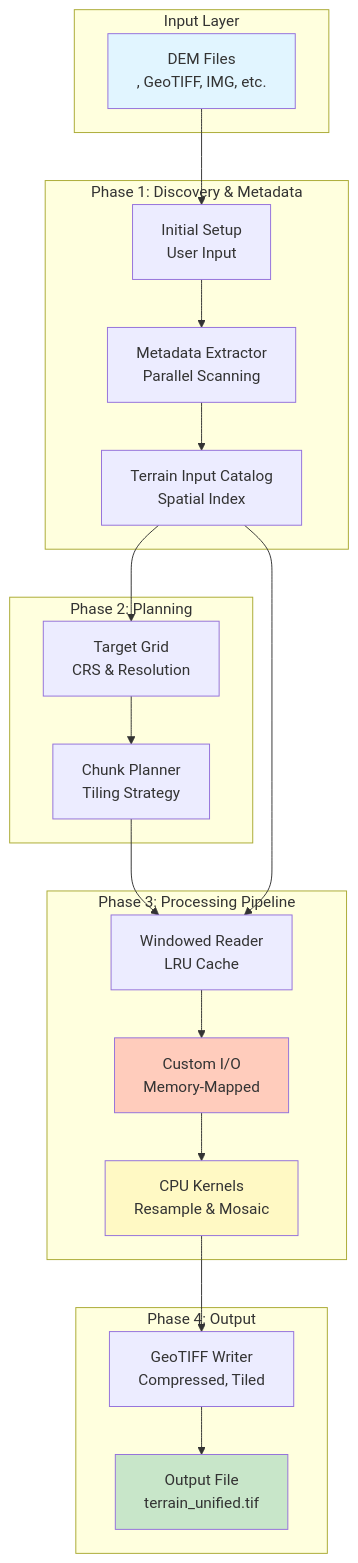
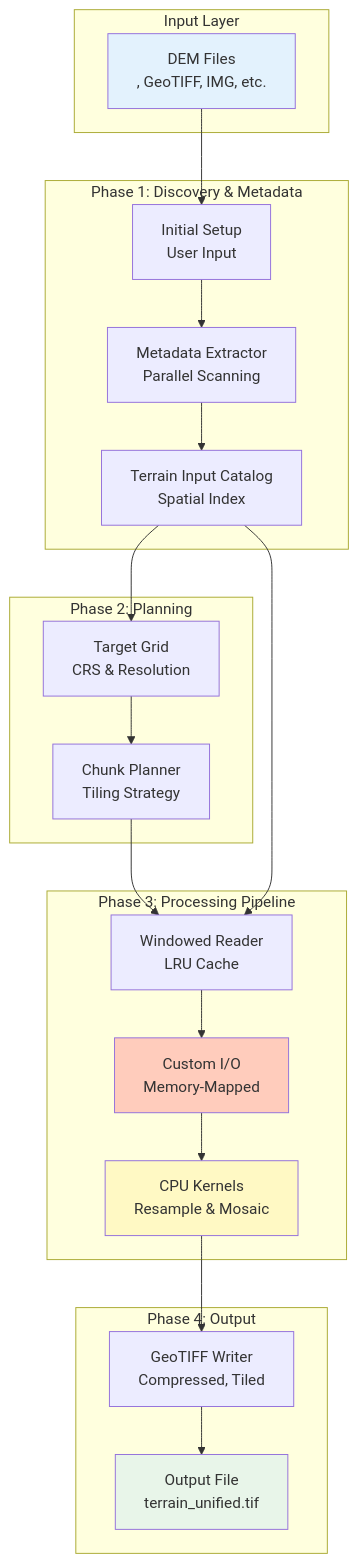
The first of 18 diagrams in docs/overview_diagrams.md (Anmol-STRS/TerrainBuilderI-0), drawn with Mermaid before and after one commit. The commit also changed other lines of this file and 20 other files, not shown here.

````diff
--- a/docs/overview_diagrams.md
+++ b/docs/overview_diagrams.md
@@ -5,45 +5,45 @@
 ```mermaid
 graph TB
     subgraph "Input Layer"
         A[DEM Files<br>, GeoTIFF, IMG, etc.]
     end
     
     subgraph "Phase 1: Discovery & Metadata"
         B[Initial Setup<br/>User Input]
         C[Metadata Extractor<br/>Parallel Scanning]
         D[Terrain Input Catalog<br/>Spatial Index]
     end
     
     subgraph "Phase 2: Planning"
         E[Target Grid<br/>CRS & Resolution]
         F[Chunk Planner<br/>Tiling Strategy]
     end
     
     subgraph "Phase 3: Processing Pipeline"
         G[Windowed Reader<br/>LRU Cache]
         H[CPU Kernels<br/>Resample & Mosaic]
         I[Custom I/O<br/>Memory-Mapped]
     end
     
     subgraph "Phase 4: Output"
         J[GeoTIFF Writer<br/>Compressed, Tiled]
         K[Output File<br/>terrain_unified.tif]
     end
     
     A --> B
     B --> C
     C --> D
     D --> E
     E --> F
     F --> G
     D --> G
     G --> I
     I --> H
     H --> J
     J --> K
     
-    style A fill:#e1f5ff
-    style K fill:#c8e6c9
-    style H fill:#fff9c4
-    style I fill:#ffccbc
+    style A fill:#E3F2FD
+    style K fill:#E8F5E9
+    style H fill:#FFF9C4
+    style I fill:#FFCCBC
 ```
````
